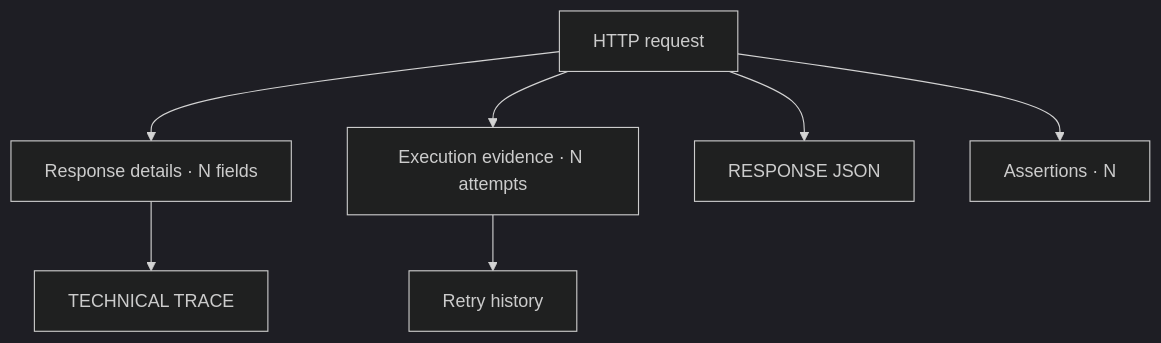
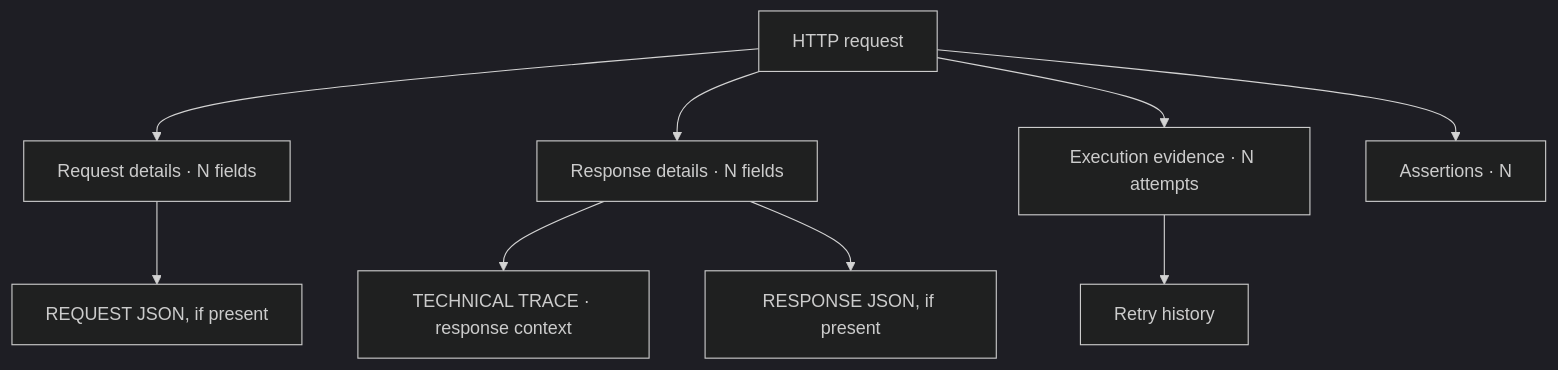
The second of 2 diagrams in docs/ATF_Reporting_Contract.md (crististefanita/demo2), drawn with Mermaid (dark theme) before and after one commit. The commit also changed other lines of this file and 124 other files, not shown here.

````diff
--- a/docs/ATF_Reporting_Contract.md
+++ b/docs/ATF_Reporting_Contract.md
@@ -76,9 +80,11 @@
 ```mermaid
 flowchart TD
-    Request[HTTP request] --> Details[Response details · N fields]
-    Details --> Trace[TECHNICAL TRACE]
+    Request[HTTP request] --> RequestDetails[Request details · N fields]
+    Request --> Details[Response details · N fields]
+    Details --> Trace[TECHNICAL TRACE · response context]
+    Details --> ResponseBody[RESPONSE JSON, if present]
+    RequestDetails --> RequestBody[REQUEST JSON, if present]
     Request --> Execution[Execution evidence · N attempts]
     Execution --> Retry[Retry history]
-    Request --> Response[RESPONSE JSON]
     Request --> Assertions[Assertions · N]
 ```
````
